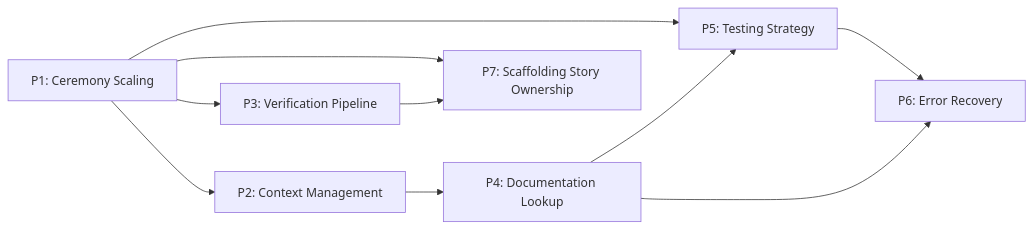
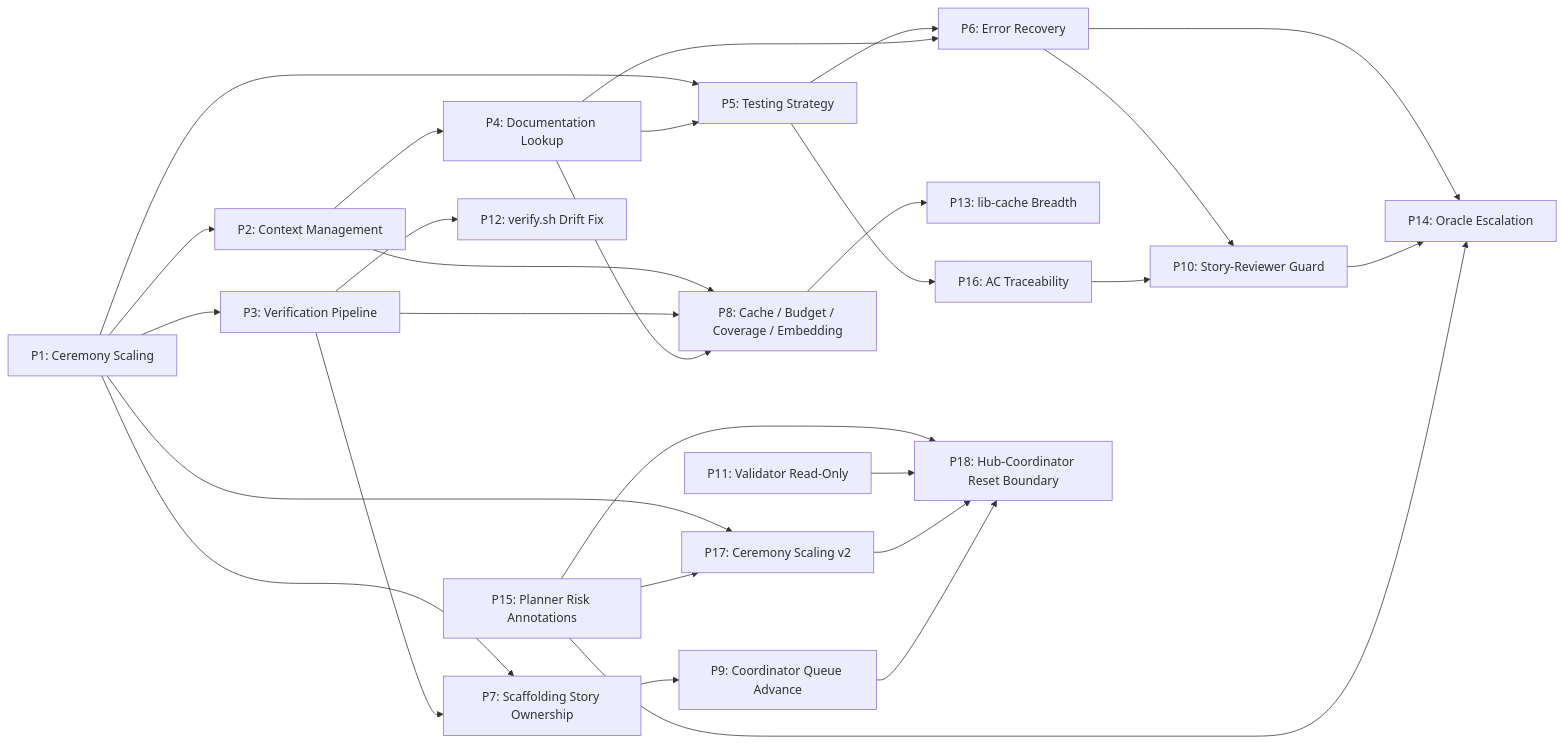
Before and after one commit to gleeb/ai-registry: the diagram in opencode/improvement-proposals/INDEX.md, drawn with Mermaid. The commit also changed other lines of this file and 8 other files, not shown here.

First line of the commit message:
P9: auto-advance coordinator across the story queue; archive P8

````diff
--- a/opencode/improvement-proposals/INDEX.md
+++ b/opencode/improvement-proposals/INDEX.md
@@ -39,20 +69,51 @@
 ```mermaid
 flowchart LR
     P1["P1: Ceremony Scaling"]
     P2["P2: Context Management"]
     P3["P3: Verification Pipeline"]
     P4["P4: Documentation Lookup"]
     P5["P5: Testing Strategy"]
     P6["P6: Error Recovery"]
     P7["P7: Scaffolding Story Ownership"]
+    P8["P8: Cache / Budget / Coverage / Embedding"]
+    P9["P9: Coordinator Queue Advance"]
+    P10["P10: Story-Reviewer Guard"]
+    P11["P11: Validator Read-Only"]
+    P12["P12: verify.sh Drift Fix"]
+    P13["P13: lib-cache Breadth"]
+    P14["P14: Oracle Escalation"]
+    P15["P15: Planner Risk Annotations"]
+    P16["P16: AC Traceability"]
+    P17["P17: Ceremony Scaling v2"]
+    P18["P18: Hub-Coordinator Reset Boundary"]
 
     P1 --> P2
     P1 --> P3
     P1 --> P5
     P1 --> P7
     P2 --> P4
     P4 --> P5
     P5 --> P6
     P4 --> P6
     P3 --> P7
+    P2 --> P8
+    P3 --> P8
+    P4 --> P8
+
+    P3 --> P12
+    P7 --> P9
+    P6 --> P10
+    P5 --> P16
+    P16 --> P10
+    P8 --> P13
+    P6 --> P14
+    P10 --> P14
+    P15 --> P14
+    P1 --> P17
+    P15 --> P17
+
+    P15 --> P18
+    P11 --> P18
+    P17 --> P18
+    P9 --> P18
 ```
````
